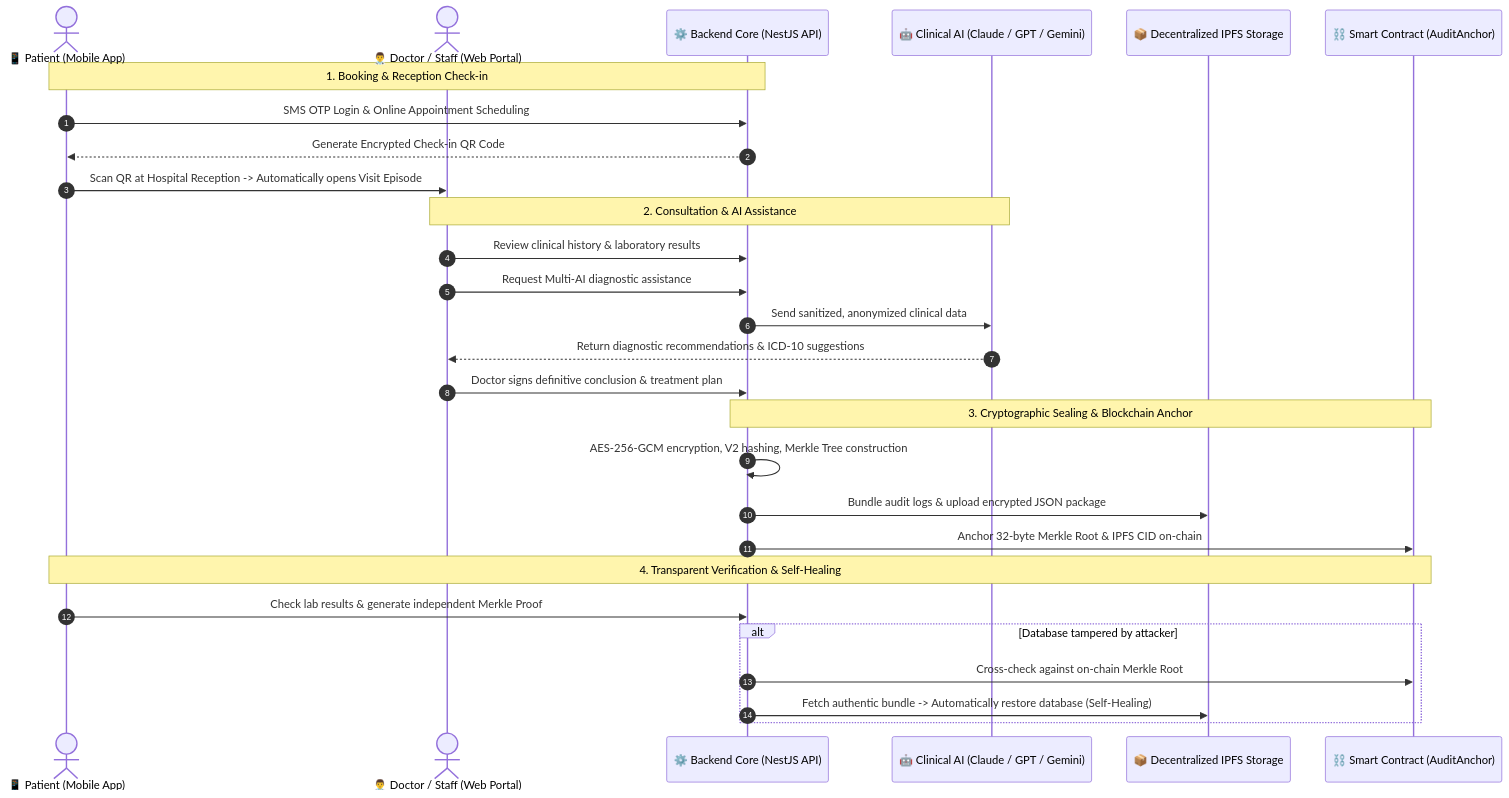
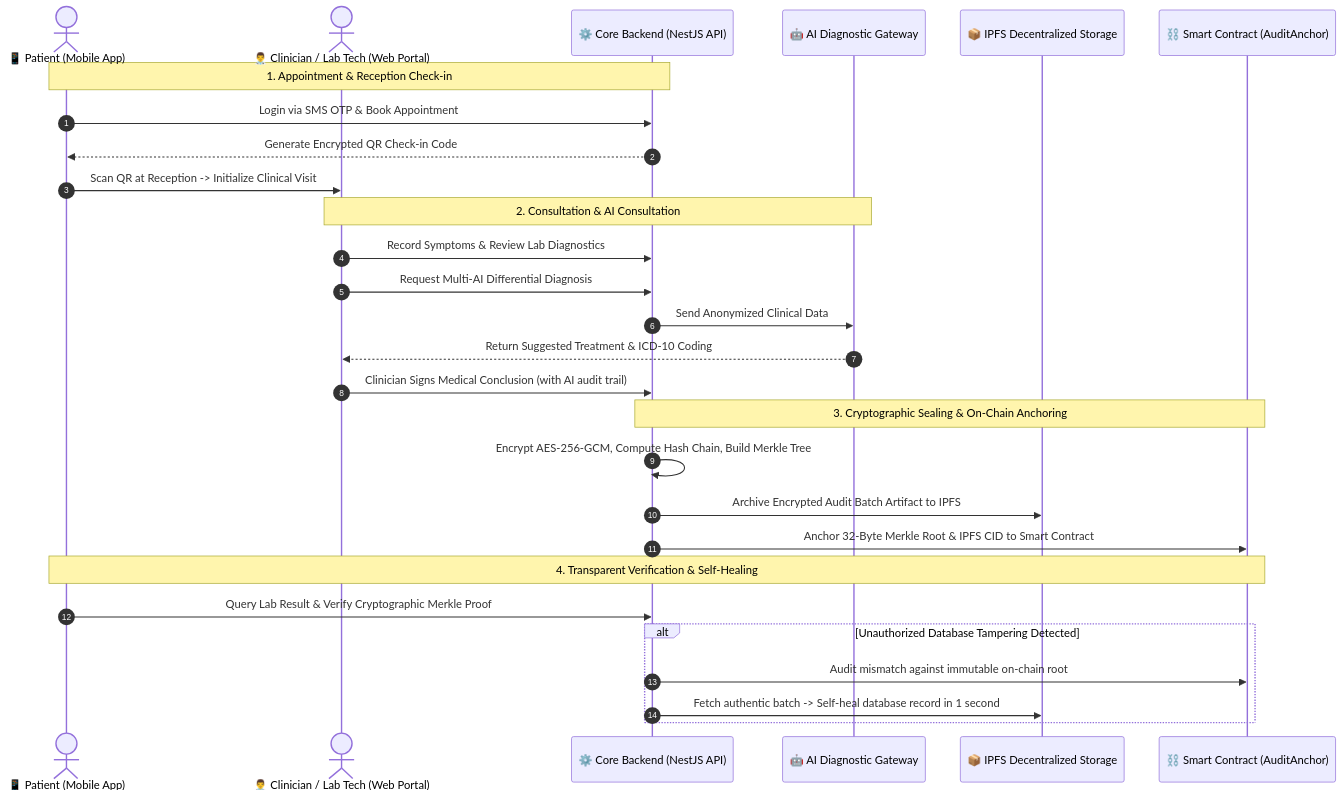
Before and after one commit to duc19092005/KLTN: the second of 2 diagrams in README.en.md, drawn with Mermaid. The commit also changed other lines of this file and 13 other files, not shown here.

Commit message:
docs: add comprehensive empirical benchmark reports, charts and contracts for gas and tamper detection

````diff
--- a/README.en.md
+++ b/README.en.md
@@ -127,34 +127,34 @@
 ```mermaid
 sequenceDiagram
     autonumber
     actor P as 📱 Patient (Mobile App)
-    actor D as 👨‍⚕️ Doctor / Staff (Web Portal)
-    participant API as ⚙️ Backend Core (NestJS API)
-    participant AI as 🤖 Clinical AI (Claude / GPT / Gemini)
-    participant IPFS as 📦 Decentralized IPFS Storage
+    actor D as 👨‍⚕️ Clinician / Lab Tech (Web Portal)
+    participant API as ⚙️ Core Backend (NestJS API)
+    participant AI as 🤖 AI Diagnostic Gateway
+    participant IPFS as 📦 IPFS Decentralized Storage
     participant SC as ⛓️ Smart Contract (AuditAnchor)
 
-    Note over P,API: 1. Booking & Reception Check-in
-    P->>API: SMS OTP Login & Online Appointment Scheduling
-    API-->>P: Generate Encrypted Check-in QR Code
-    P->>D: Scan QR at Hospital Reception -> Automatically opens Visit Episode
+    Note over P,API: 1. Appointment & Reception Check-in
+    P->>API: Login via SMS OTP & Book Appointment
+    API-->>P: Generate Encrypted QR Check-in Code
+    P->>D: Scan QR at Reception -> Initialize Clinical Visit
 
-    Note over D,AI: 2. Consultation & AI Assistance
-    D->>API: Review clinical history & laboratory results
-    D->>API: Request Multi-AI diagnostic assistance
-    API->>AI: Send sanitized, anonymized clinical data
-    AI-->>D: Return diagnostic recommendations & ICD-10 suggestions
-    D->>API: Doctor signs definitive conclusion & treatment plan
+    Note over D,AI: 2. Consultation & AI Consultation
+    D->>API: Record Symptoms & Review Lab Diagnostics
+    D->>API: Request Multi-AI Differential Diagnosis
+    API->>AI: Send Anonymized Clinical Data
+    AI-->>D: Return Suggested Treatment & ICD-10 Coding
+    D->>API: Clinician Signs Medical Conclusion (with AI audit trail)
 
-    Note over API,SC: 3. Cryptographic Sealing & Blockchain Anchor
-    API->>API: AES-256-GCM encryption, V2 hashing, Merkle Tree construction
-    API->>IPFS: Bundle audit logs & upload encrypted JSON package
-    API->>SC: Anchor 32-byte Merkle Root & IPFS CID on-chain
+    Note over API,SC: 3. Cryptographic Sealing & On-Chain Anchoring
+    API->>API: Encrypt AES-256-GCM, Compute Hash Chain, Build Merkle Tree
+    API->>IPFS: Archive Encrypted Audit Batch Artifact to IPFS
+    API->>SC: Anchor 32-Byte Merkle Root & IPFS CID to Smart Contract
 
     Note over P,SC: 4. Transparent Verification & Self-Healing
-    P->>API: Check lab results & generate independent Merkle Proof
-    alt Database tampered by attacker
-        API->>SC: Cross-check against on-chain Merkle Root
-        API->>IPFS: Fetch authentic bundle -> Automatically restore database (Self-Healing)
+    P->>API: Query Lab Result & Verify Cryptographic Merkle Proof
+    alt Unauthorized Database Tampering Detected
+        API->>SC: Audit mismatch against immutable on-chain root
+        API->>IPFS: Fetch authentic batch -> Self-heal database record in 1 second
     end
 ```
````
